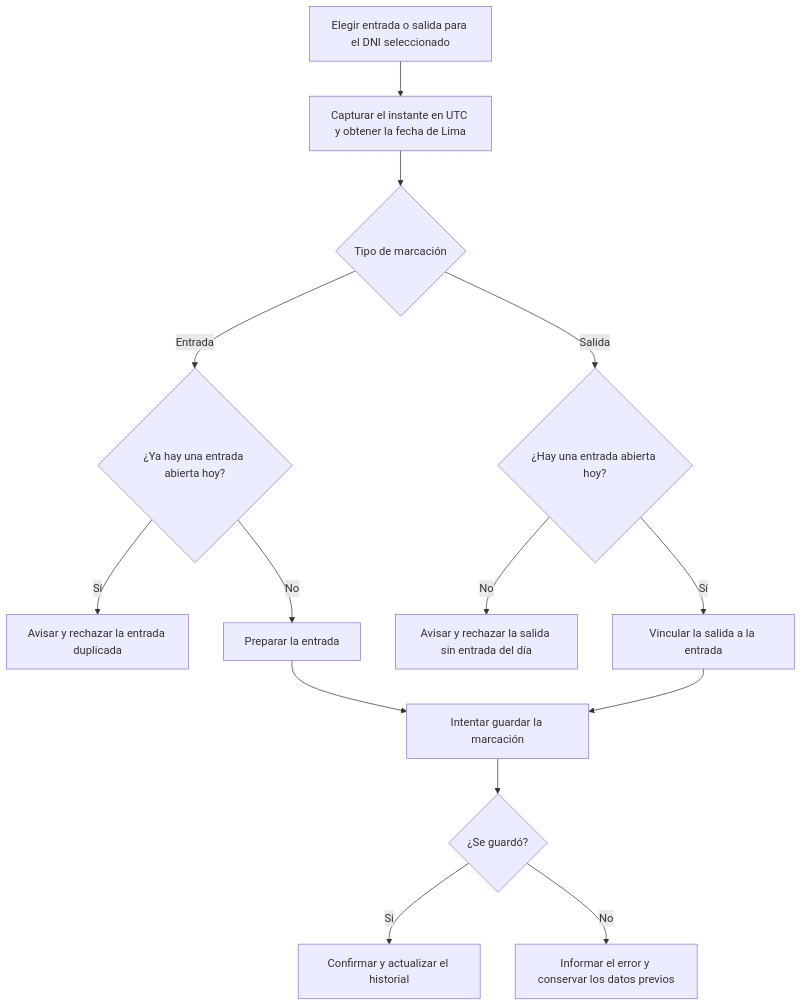
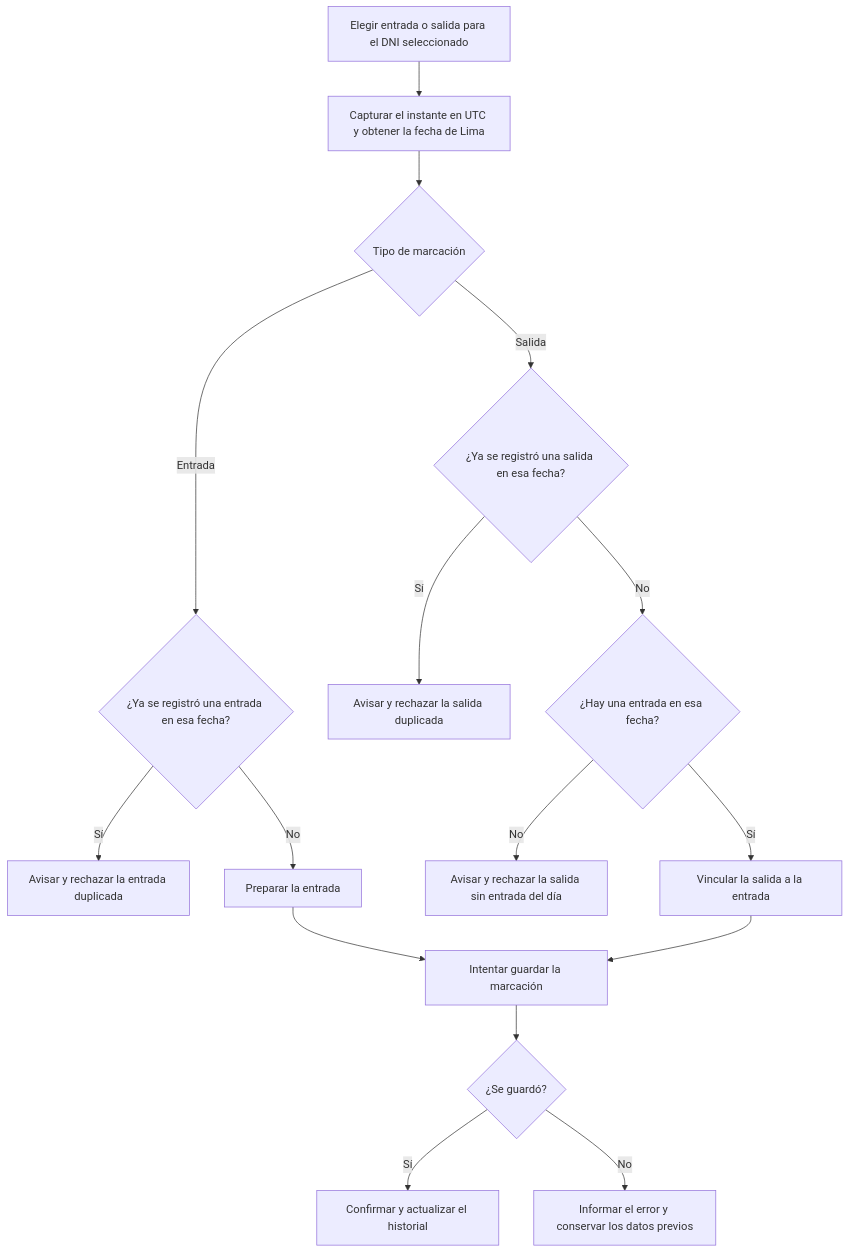
Before and after one commit to steveespinoza/Registro-de-Asistencia: the fourth of 4 diagrams in docs/06-Arquitectura/Flujos.md, drawn with Mermaid. The commit also changed other lines of this file and 22 other files, not shown here.

````diff
--- a/docs/06-Arquitectura/Flujos.md
+++ b/docs/06-Arquitectura/Flujos.md
@@ -53,16 +56,18 @@
 ```mermaid
 flowchart TD
     A["Elegir entrada o salida para el DNI seleccionado"] --> B["Capturar el instante en UTC y obtener la fecha de Lima"]
     B --> C{"Tipo de marcación"}
-    C -->|Entrada| D{"¿Ya hay una entrada abierta hoy?"}
-    C -->|Salida| E{"¿Hay una entrada abierta hoy?"}
+    C -->|Entrada| D{"¿Ya se registró una entrada en esa fecha?"}
+    C -->|Salida| E{"¿Ya se registró una salida en esa fecha?"}
     D -->|Sí| F["Avisar y rechazar la entrada duplicada"]
-    E -->|No| G["Avisar y rechazar la salida sin entrada del día"]
+    E -->|Sí| N["Avisar y rechazar la salida duplicada"]
+    E -->|No| O{"¿Hay una entrada en esa fecha?"}
+    O -->|No| G["Avisar y rechazar la salida sin entrada del día"]
     D -->|No| H["Preparar la entrada"]
-    E -->|Sí| I["Vincular la salida a la entrada"]
+    O -->|Sí| I["Vincular la salida a la entrada"]
     H --> J["Intentar guardar la marcación"]
     I --> J
     J --> K{"¿Se guardó?"}
     K -->|Sí| L["Confirmar y actualizar el historial"]
     K -->|No| M["Informar el error y conservar los datos previos"]
 ```
````
